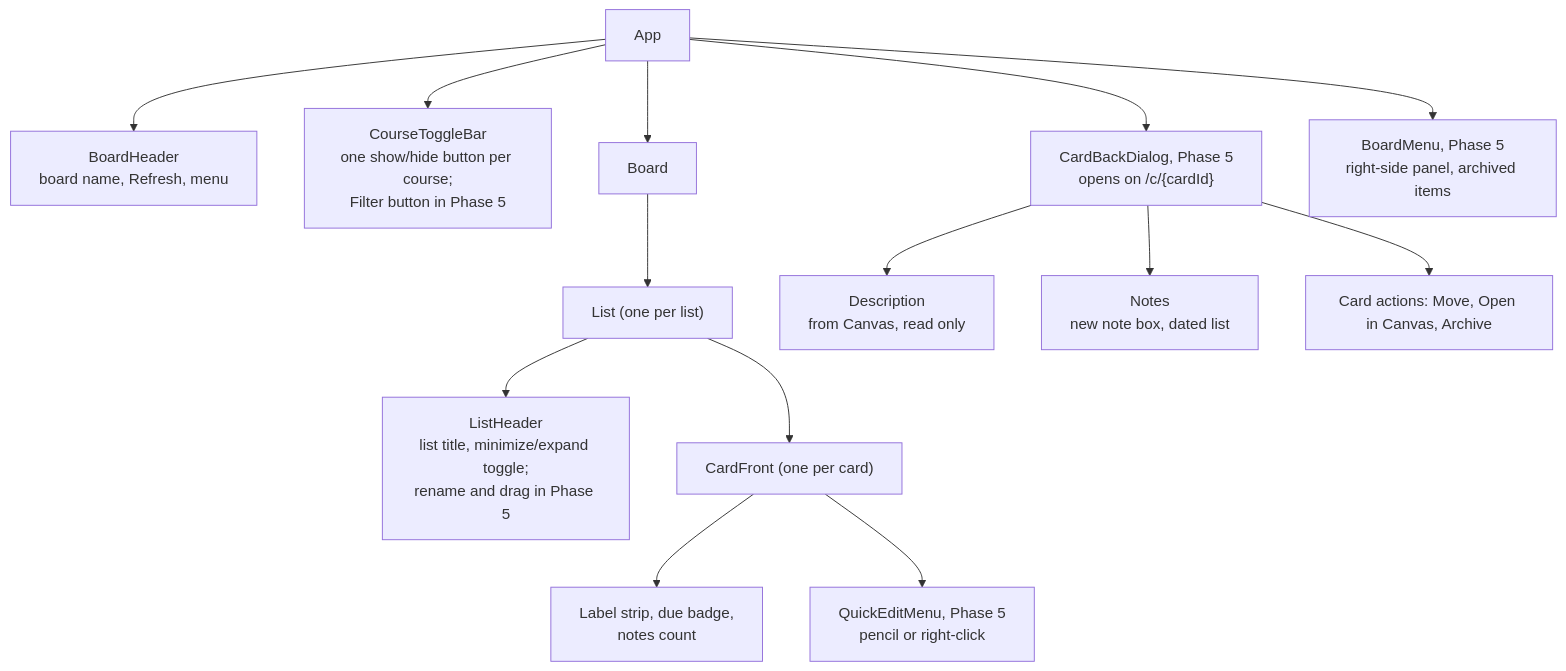
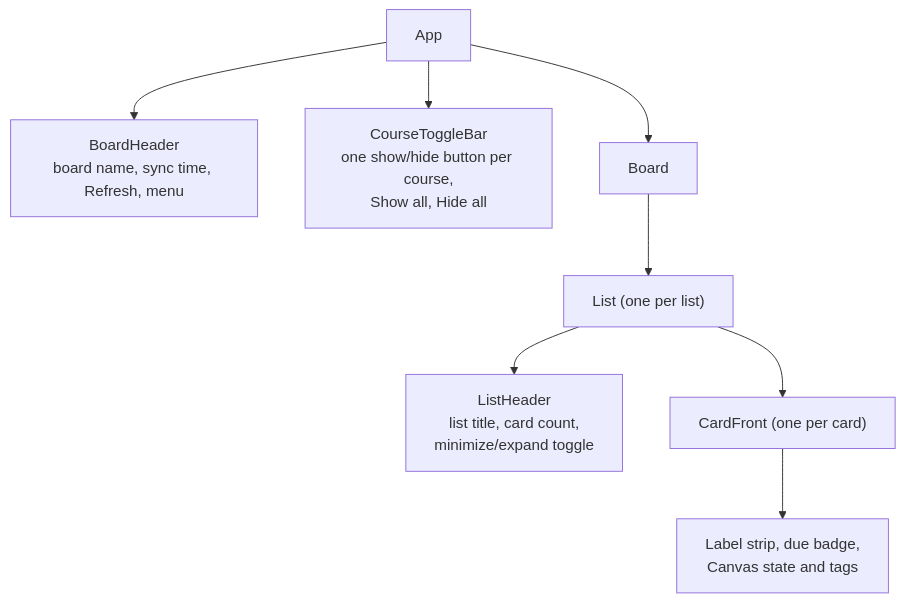
One commit to bbranton/TestProj changed the sixth of 6 diagrams in docs/canvas-portal/03-design.md. Above: the diagram before and after it, drawn with Mermaid. The commit also changed other lines of this file and 1 other file, not shown here.

````diff
--- a/docs/canvas-portal/03-design.md
+++ b/docs/canvas-portal/03-design.md
@@ -574,16 +523,10 @@
 ```mermaid
 flowchart TD
-    App --> Header["BoardHeader<br/>board name, Refresh, menu"]
-    App --> Toggles["CourseToggleBar<br/>one show/hide button per course;<br/>Filter button in Phase 5"]
+    App --> Header["BoardHeader<br/>board name, sync time, Refresh, menu"]
+    App --> Toggles["CourseToggleBar<br/>one show/hide button per course,<br/>Show all, Hide all"]
     App --> Board
-    App --> CardBack["CardBackDialog, Phase 5<br/>opens on /c/{cardId}"]
-    App --> BoardMenu["BoardMenu, Phase 5<br/>right-side panel, archived items"]
     Board --> List["List (one per list)"]
-    List --> ListHeader["ListHeader<br/>list title, minimize/expand toggle;<br/>rename and drag in Phase 5"]
+    List --> ListHeader["ListHeader<br/>list title, card count,<br/>minimize/expand toggle"]
     List --> Card["CardFront (one per card)"]
-    Card --> Badges["Label strip, due badge,<br/>notes count"]
-    Card --> QuickEdit["QuickEditMenu, Phase 5<br/>pencil or right-click"]
-    CardBack --> Desc["Description<br/>from Canvas, read only"]
-    CardBack --> Notes["Notes<br/>new note box, dated list"]
-    CardBack --> Sidebar["Card actions: Move, Open in Canvas, Archive"]
+    Card --> Badges["Label strip, due badge,<br/>Canvas state and tags"]
 ```
````
